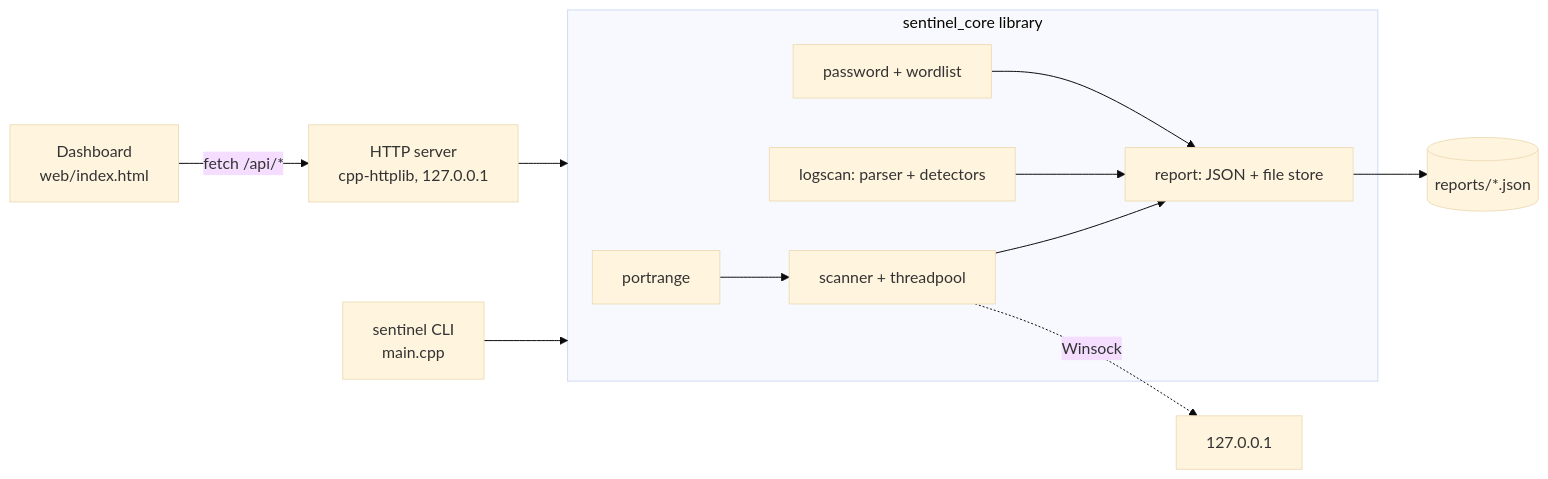
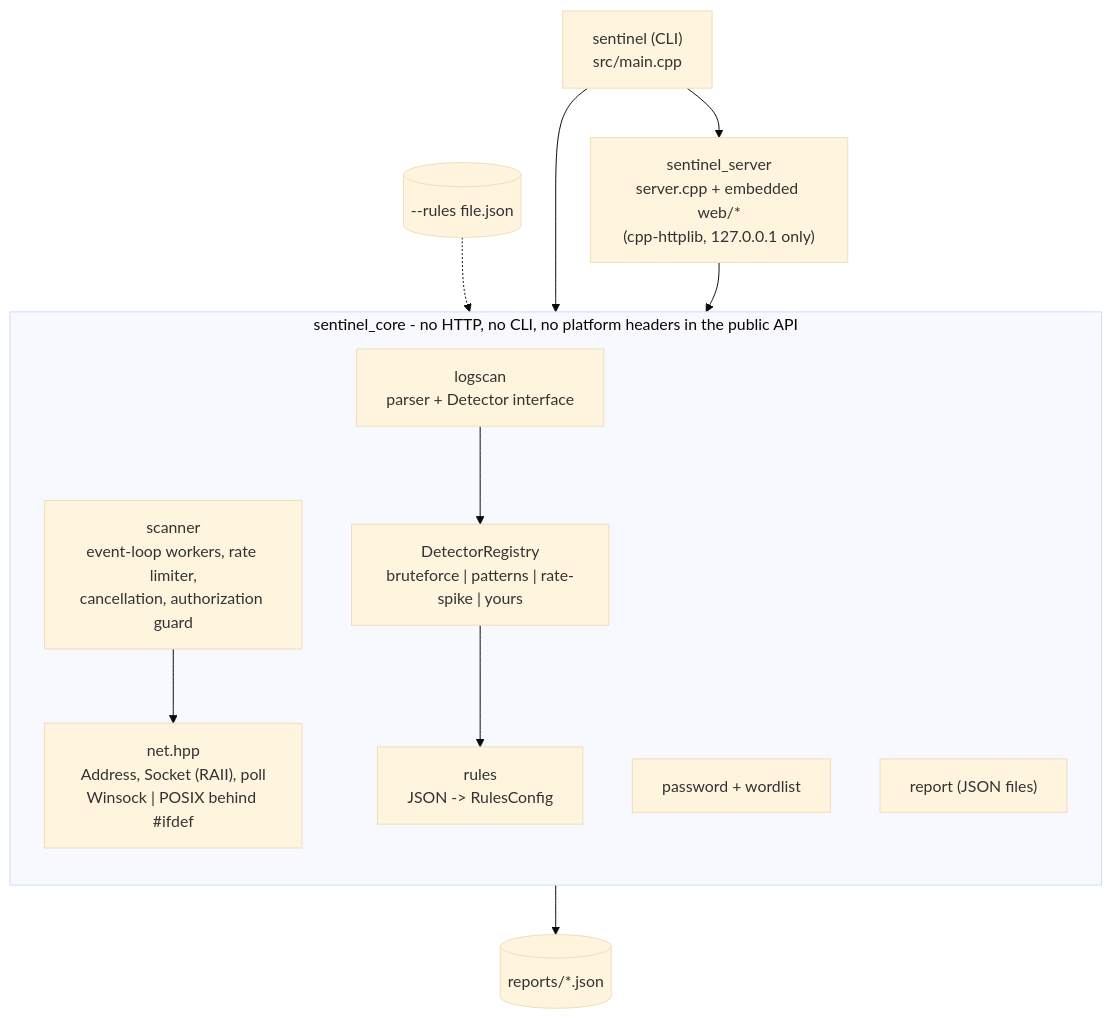
The diagram in README.md (aldipascaa/sentinel-sec), drawn with Mermaid (base theme) before and after one commit. The commit also changed other lines of this file and 1 other file, not shown here.

Commit message:
docs: README architecture section and 1.1.0 changelog

````diff
--- a/README.md
+++ b/README.md
@@ -20,17 +20,20 @@
 ```mermaid
-flowchart LR
-  CLI[sentinel CLI<br/>main.cpp] --> Core
-  Web[Dashboard<br/>web/index.html] -->|fetch /api/*| Srv[HTTP server<br/>cpp-httplib, 127.0.0.1]
-  Srv --> Core
-  subgraph Core[sentinel_core library]
-    PR[portrange] --> SC[scanner + threadpool]
-    LS[logscan: parser + detectors]
-    PW[password + wordlist]
-    RP[report: JSON + file store]
+flowchart TB
+  CLI["sentinel (CLI)<br/>src/main.cpp"] --> SRV
+  CLI --> CORE
+  SRV["sentinel_server<br/>server.cpp + embedded web/*<br/>(cpp-httplib, 127.0.0.1 only)"] --> CORE
+  subgraph CORE["sentinel_core - no HTTP, no CLI, no platform headers in the public API"]
+    direction TB
+    NET["net.hpp<br/>Address, Socket (RAII), poll<br/>Winsock | POSIX behind #ifdef"]
+    SCAN["scanner<br/>event-loop workers, rate limiter,<br/>cancellation, authorization guard"]
+    LOG["logscan<br/>parser + Detector interface"]
+    REG["DetectorRegistry<br/>bruteforce | patterns | rate-spike | yours"]
+    RULES["rules<br/>JSON -> RulesConfig"]
+    PWD["password + wordlist"]
+    REP["report (JSON files)"]
+    SCAN --> NET
+    LOG --> REG --> RULES
   end
-  SC --> RP
-  LS --> RP
-  PW --> RP
-  RP --> FS[(reports/*.json)]
-  SC -. Winsock .-> Host[127.0.0.1]
+  RF[("--rules file.json")] -.-> RULES
+  CORE --> FS[("reports/*.json")]
 ```
````
